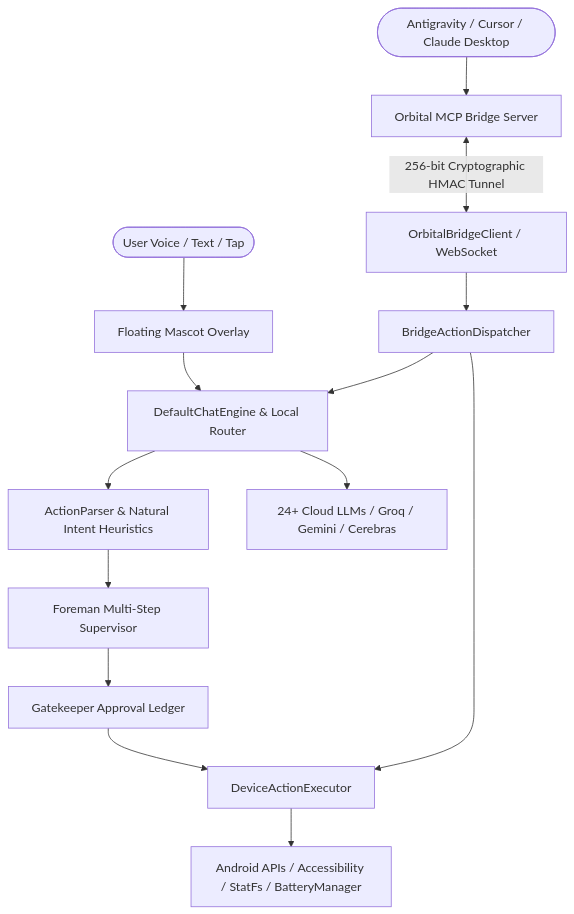
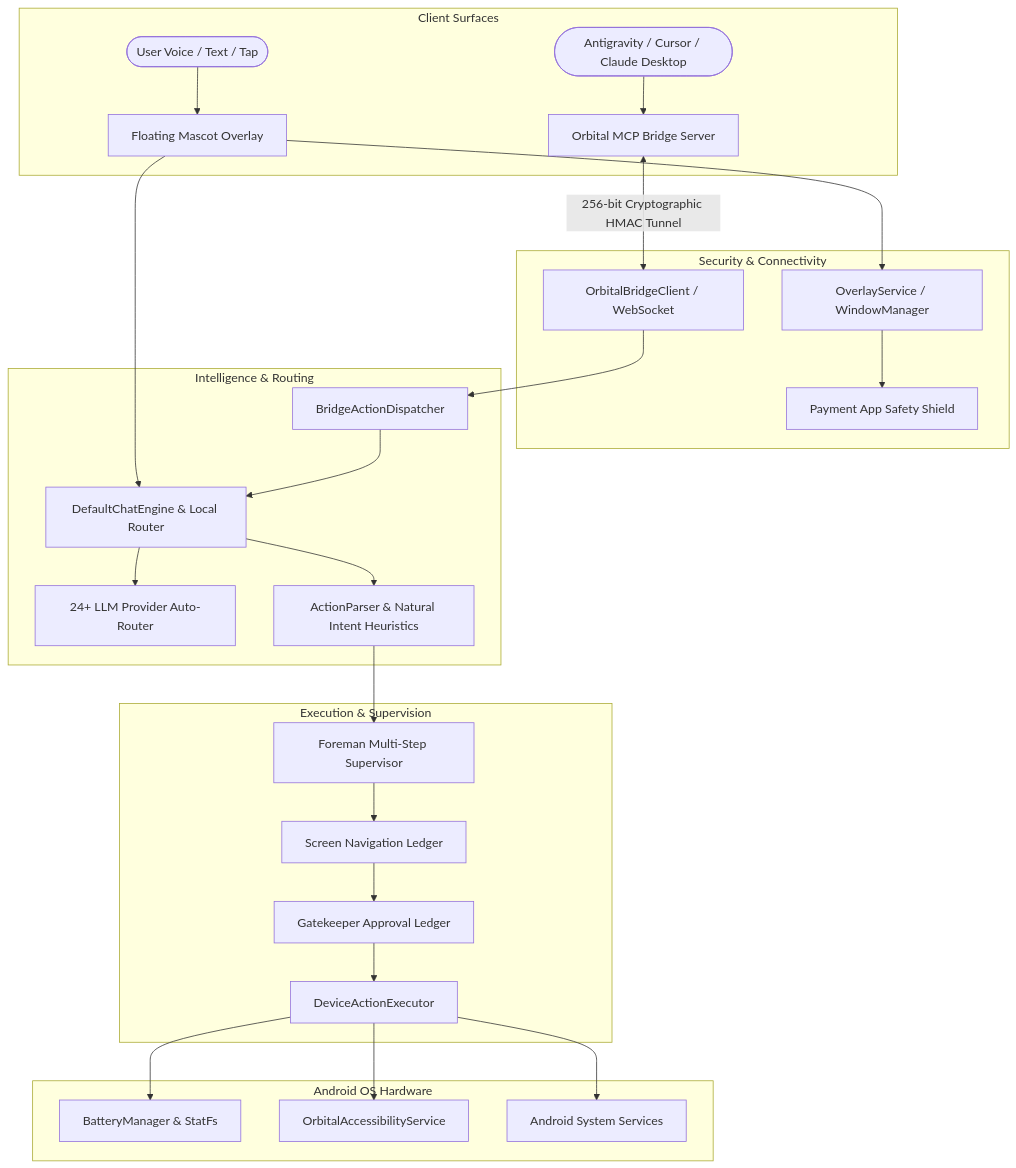
One commit to jaypal1046/Orbital changed the diagram in README.md. Above: the diagram before and after it, drawn with Mermaid. The commit also changed other lines of this file, not shown here.

Commit message:
docs: expand README with comprehensive architecture, skills matrix, and MCP documentation

````diff
--- a/README.md
+++ b/README.md
@@ -33,20 +51,34 @@
 ```mermaid
 graph TD
-    User([User Voice / Text / Tap]) --> Companion[Floating Mascot Overlay]
-    IDE([Antigravity / Cursor / Claude Desktop]) --> MCP[Orbital MCP Bridge Server]
+    subgraph Client Surfaces
+        User([User Voice / Text / Tap]) --> Companion[Floating Mascot Overlay]
+        IDE([Antigravity / Cursor / Claude Desktop]) --> MCP[Orbital MCP Bridge Server]
+    end
 
-    MCP <-->|256-bit Cryptographic HMAC Tunnel| BridgeClient[OrbitalBridgeClient / WebSocket]
-    Companion --> DefaultChatEngine[DefaultChatEngine & Local Router]
-    BridgeClient --> BridgeDispatcher[BridgeActionDispatcher]
+    subgraph Security & Connectivity
+        MCP <-->|256-bit Cryptographic HMAC Tunnel| BridgeClient[OrbitalBridgeClient / WebSocket]
+        Companion --> OverlayService[OverlayService / WindowManager]
+        OverlayService --> SafetyShield[Payment App Safety Shield]
+    end
 
-    BridgeDispatcher --> DefaultChatEngine
-    BridgeDispatcher --> DeviceExecutor[DeviceActionExecutor]
+    subgraph Intelligence & Routing
+        BridgeClient --> BridgeDispatcher[BridgeActionDispatcher]
+        Companion --> DefaultChatEngine[DefaultChatEngine & Local Router]
+        BridgeDispatcher --> DefaultChatEngine
+        DefaultChatEngine --> MultiRouter[24+ LLM Provider Auto-Router]
+        DefaultChatEngine --> ActionParser[ActionParser & Natural Intent Heuristics]
+    end
 
-    DefaultChatEngine --> ActionParser[ActionParser & Natural Intent Heuristics]
-    ActionParser --> Foreman[Foreman Multi-Step Supervisor]
-    Foreman --> Gatekeeper[Gatekeeper Approval Ledger]
-    Gatekeeper --> DeviceExecutor
+    subgraph Execution & Supervision
+        ActionParser --> Foreman[Foreman Multi-Step Supervisor]
+        Foreman --> Ledger[Screen Navigation Ledger]
+        Ledger --> Gatekeeper[Gatekeeper Approval Ledger]
+        Gatekeeper --> DeviceExecutor[DeviceActionExecutor]
+    end
 
-    DeviceExecutor --> AndroidOS[Android APIs / Accessibility / StatFs / BatteryManager]
-    DefaultChatEngine --> CloudLLM[24+ Cloud LLMs / Groq / Gemini / Cerebras]
+    subgraph Android OS Hardware
+        DeviceExecutor --> BatteryMgr[BatteryManager & StatFs]
+        DeviceExecutor --> A11y[OrbitalAccessibilityService]
+        DeviceExecutor --> SystemIntents[Android System Services]
+    end
 ```
````
